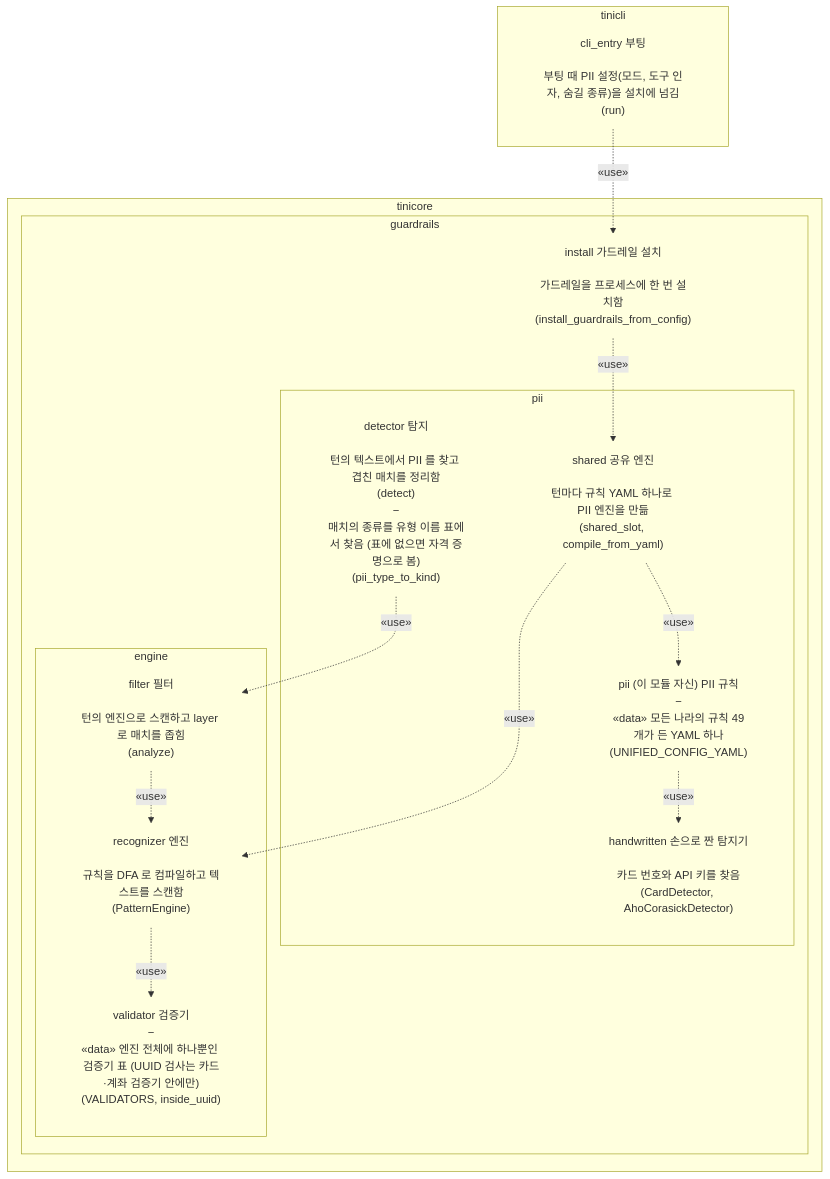
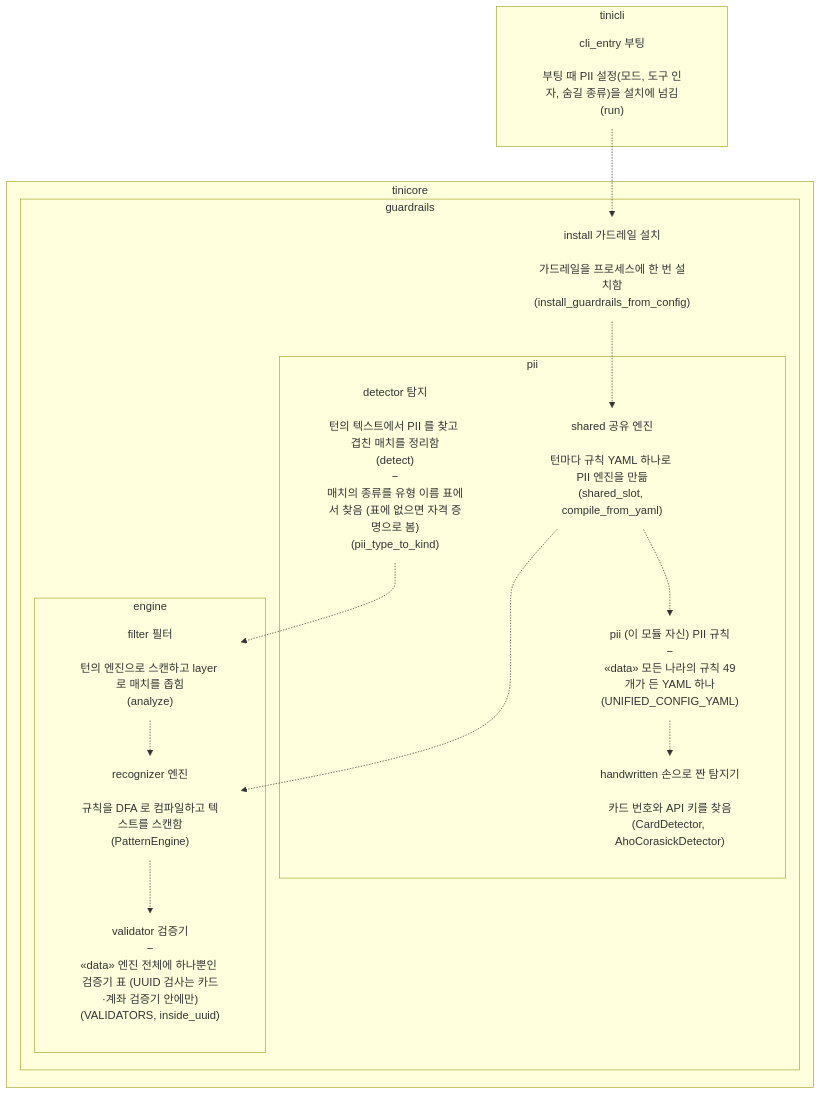
One commit to sbc10620/shared changed the diagram in reports/20261029-ARGO-multilingual-pii/fig1-before.mmd. Above: the diagram before and after it, drawn with Mermaid. The commit also changed 6 other files, not shown here.

```diff
--- a/reports/20261029-ARGO-multilingual-pii/fig1-before.mmd
+++ b/reports/20261029-ARGO-multilingual-pii/fig1-before.mmd
@@ -1,30 +1,30 @@
 flowchart TB
   subgraph m_tinicli["<span class='modname'>tinicli</span>"]
-    p_entry["<div class='pk '><div class='tab'>cli_entry <span class='note'>부팅</span></div><div class='body'><div class='it '><span class='mk'>&nbsp;</span><div><div class='role'>부팅 때 PII 설정(모드, 도구 인자, 숨길 종류)을 설치에 넘김</div><div class='fn'>(run)</div></div></div></div></div>"]
+    p_entry["<div class='pk '><div class='tab'>cli_entry <span class='note'>부팅</span></div><div class='body'><div class='it '><span class='mk'> </span><div><div class='role'>부팅 때 PII 설정(모드, 도구 인자, 숨길 종류)을 설치에 넘김</div><div class='fn'>(run)</div></div></div></div></div>"]
   end
   subgraph m_tinicore["<span class='modname'>tinicore</span>"]
     subgraph m_tinicore__guardrails["<span class='modname'>guardrails</span>"]
-      p_inst["<div class='pk '><div class='tab'>install <span class='note'>가드레일 설치</span></div><div class='body'><div class='it '><span class='mk'>&nbsp;</span><div><div class='role'>가드레일을 프로세스에 한 번 설치함</div><div class='fn'>(install_guardrails_from_config)</div></div></div></div></div>"]
+      p_inst["<div class='pk '><div class='tab'>install <span class='note'>가드레일 설치</span></div><div class='body'><div class='it '><span class='mk'> </span><div><div class='role'>가드레일을 프로세스에 한 번 설치함</div><div class='fn'>(install_guardrails_from_config)</div></div></div></div></div>"]
       subgraph m_tinicore__guardrails__pii["<span class='modname'>pii</span>"]
         p_pii["<div class='pk '><div class='tab'>pii <span class='st'>(이 모듈 자신)</span> <span class='note'>PII 규칙</span></div><div class='body'><div class='it removed'><span class='mk'>−</span><div><div class='role'><span class='st'>«data»</span> 모든 나라의 규칙 49개가 든 YAML 하나</div><div class='fn'>(UNIFIED_CONFIG_YAML)</div></div></div></div></div>"]
-        p_shared["<div class='pk '><div class='tab'>shared <span class='note'>공유 엔진</span></div><div class='body'><div class='it '><span class='mk'>&nbsp;</span><div><div class='role'>턴마다 규칙 YAML 하나로 PII 엔진을 만듦</div><div class='fn'>(shared_slot, compile_from_yaml)</div></div></div></div></div>"]
-        p_hw["<div class='pk '><div class='tab'>handwritten <span class='note'>손으로 짠 탐지기</span></div><div class='body'><div class='it '><span class='mk'>&nbsp;</span><div><div class='role'>카드 번호와 API 키를 찾음</div><div class='fn'>(CardDetector, AhoCorasickDetector)</div></div></div></div></div>"]
-        p_det["<div class='pk '><div class='tab'>detector <span class='note'>탐지</span></div><div class='body'><div class='it '><span class='mk'>&nbsp;</span><div><div class='role'>턴의 텍스트에서 PII 를 찾고 겹친 매치를 정리함</div><div class='fn'>(detect)</div></div></div><div class='it removed'><span class='mk'>−</span><div><div class='role'>매치의 종류를 유형 이름 표에서 찾음 (표에 없으면 자격 증명으로 봄)</div><div class='fn'>(pii_type_to_kind)</div></div></div></div></div>"]
+        p_shared["<div class='pk '><div class='tab'>shared <span class='note'>공유 엔진</span></div><div class='body'><div class='it '><span class='mk'> </span><div><div class='role'>턴마다 규칙 YAML 하나로 PII 엔진을 만듦</div><div class='fn'>(shared_slot, compile_from_yaml)</div></div></div></div></div>"]
+        p_hw["<div class='pk '><div class='tab'>handwritten <span class='note'>손으로 짠 탐지기</span></div><div class='body'><div class='it '><span class='mk'> </span><div><div class='role'>카드 번호와 API 키를 찾음</div><div class='fn'>(CardDetector, AhoCorasickDetector)</div></div></div></div></div>"]
+        p_det["<div class='pk '><div class='tab'>detector <span class='note'>탐지</span></div><div class='body'><div class='it '><span class='mk'> </span><div><div class='role'>턴의 텍스트에서 PII 를 찾고 겹친 매치를 정리함</div><div class='fn'>(detect)</div></div></div><div class='it removed'><span class='mk'>−</span><div><div class='role'>매치의 종류를 유형 이름 표에서 찾음 (표에 없으면 자격 증명으로 봄)</div><div class='fn'>(pii_type_to_kind)</div></div></div></div></div>"]
       end
       subgraph m_tinicore__guardrails__engine["<span class='modname'>engine</span>"]
-        p_filter["<div class='pk '><div class='tab'>filter <span class='note'>필터</span></div><div class='body'><div class='it '><span class='mk'>&nbsp;</span><div><div class='role'>턴의 엔진으로 스캔하고 layer 로 매치를 좁힘</div><div class='fn'>(analyze)</div></div></div></div></div>"]
-        p_rec["<div class='pk '><div class='tab'>recognizer <span class='note'>엔진</span></div><div class='body'><div class='it '><span class='mk'>&nbsp;</span><div><div class='role'>규칙을 DFA 로 컴파일하고 텍스트를 스캔함</div><div class='fn'>(PatternEngine)</div></div></div></div></div>"]
+        p_filter["<div class='pk '><div class='tab'>filter <span class='note'>필터</span></div><div class='body'><div class='it '><span class='mk'> </span><div><div class='role'>턴의 엔진으로 스캔하고 layer 로 매치를 좁힘</div><div class='fn'>(analyze)</div></div></div></div></div>"]
+        p_rec["<div class='pk '><div class='tab'>recognizer <span class='note'>엔진</span></div><div class='body'><div class='it '><span class='mk'> </span><div><div class='role'>규칙을 DFA 로 컴파일하고 텍스트를 스캔함</div><div class='fn'>(PatternEngine)</div></div></div></div></div>"]
         p_val["<div class='pk '><div class='tab'>validator <span class='note'>검증기</span></div><div class='body'><div class='it removed'><span class='mk'>−</span><div><div class='role'><span class='st'>«data»</span> 엔진 전체에 하나뿐인 검증기 표 (UUID 검사는 카드·계좌 검증기 안에만)</div><div class='fn'>(VALIDATORS, inside_uuid)</div></div></div></div></div>"]
       end
     end
   end
-  p_entry -. "«use»" .-> p_inst
-  p_inst -. "«use»" .-> p_shared
-  p_shared -. "«use»" .-> p_pii
-  p_pii -. "«use»" .-> p_hw
-  p_shared -. "«use»" .-> p_rec
-  p_det -. "«use»" .-> p_filter
-  p_filter -. "«use»" .-> p_rec
-  p_rec -. "«use»" .-> p_val
+  p_entry -.-> p_inst
+  p_inst -.-> p_shared
+  p_shared -.-> p_pii
+  p_pii -.-> p_hw
+  p_shared -.-> p_rec
+  p_det -.-> p_filter
+  p_filter -.-> p_rec
+  p_rec -.-> p_val
   classDef pkg fill:none,stroke:none
   class p_entry,p_inst,p_pii,p_shared,p_hw,p_det,p_filter,p_rec,p_val pkg
```
